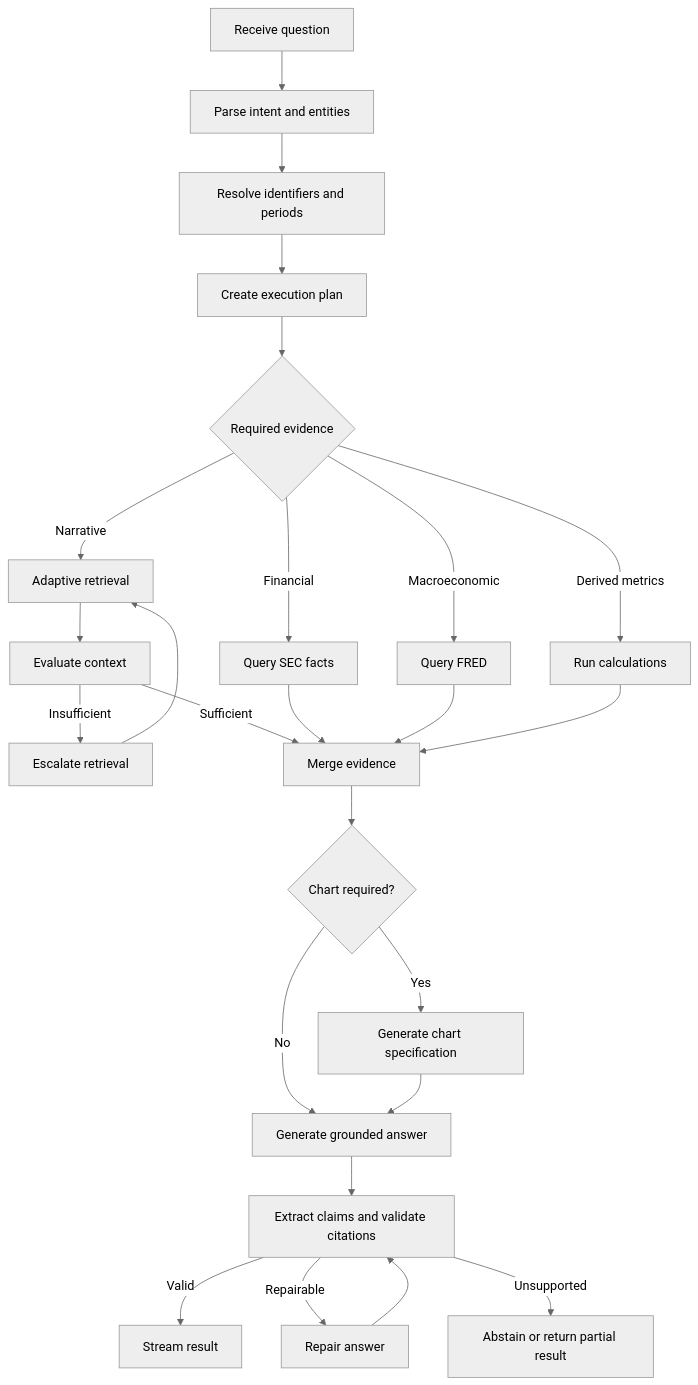
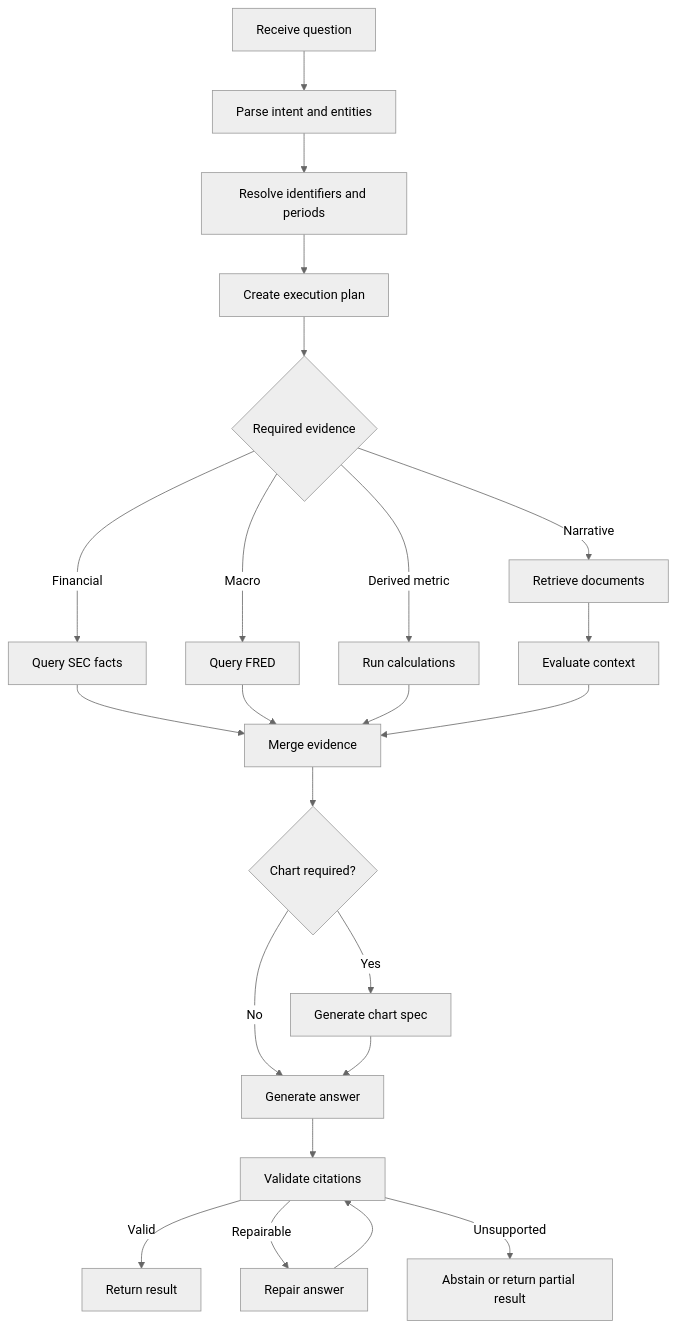
The diagram in README.md (zvadym/company-lens), drawn with Mermaid (neutral theme) before and after one commit. The commit also changed other lines of this file and 75 other files, not shown here.

````diff
--- a/README.md
+++ b/README.md
@@ -380,31 +94,25 @@
 ```mermaid
 flowchart TD
     A[Receive question] --> B[Parse intent and entities]
     B --> C[Resolve identifiers and periods]
     C --> D[Create execution plan]
-
     D --> E{Required evidence}
-    E -->|Narrative| F[Adaptive retrieval]
+    E -->|Narrative| F[Retrieve documents]
     E -->|Financial| G[Query SEC facts]
-    E -->|Macroeconomic| H[Query FRED]
-    E -->|Derived metrics| I[Run calculations]
-
+    E -->|Macro| H[Query FRED]
+    E -->|Derived metric| I[Run calculations]
     F --> J[Evaluate context]
-    J -->|Insufficient| K[Escalate retrieval]
-    K --> F
-    J -->|Sufficient| L[Merge evidence]
-    G --> L
-    H --> L
-    I --> L
-
-    L --> M{Chart required?}
-    M -->|Yes| N[Generate chart specification]
-    M -->|No| O[Generate grounded answer]
-    N --> O
-
-    O --> P[Extract claims and validate citations]
-    P -->|Valid| Q[Stream result]
-    P -->|Repairable| R[Repair answer]
-    P -->|Unsupported| S[Abstain or return partial result]
-    R --> P
+    G --> K[Merge evidence]
+    H --> K
+    I --> K
+    J --> K
+    K --> L{Chart required?}
+    L -->|Yes| M[Generate chart spec]
+    L -->|No| N[Generate answer]
+    M --> N
+    N --> O[Validate citations]
+    O -->|Valid| P[Return result]
+    O -->|Repairable| Q[Repair answer]
+    Q --> O
+    O -->|Unsupported| R[Abstain or return partial result]
 ```
````
